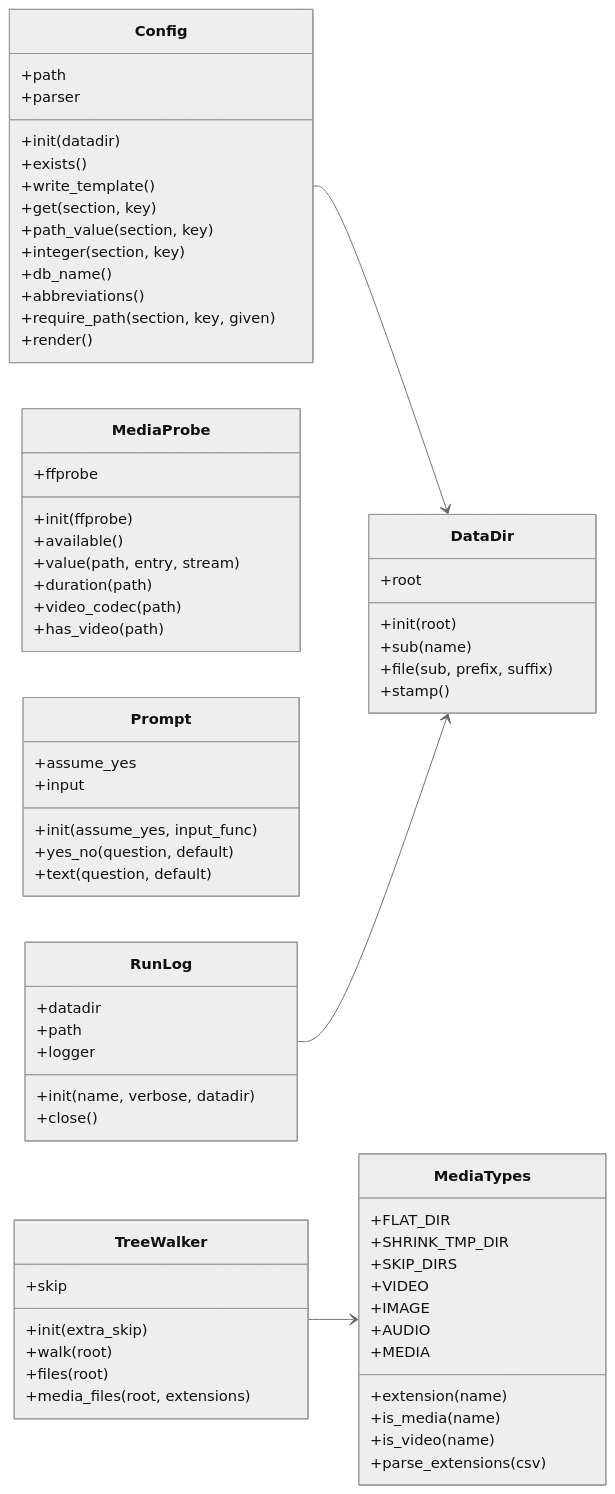
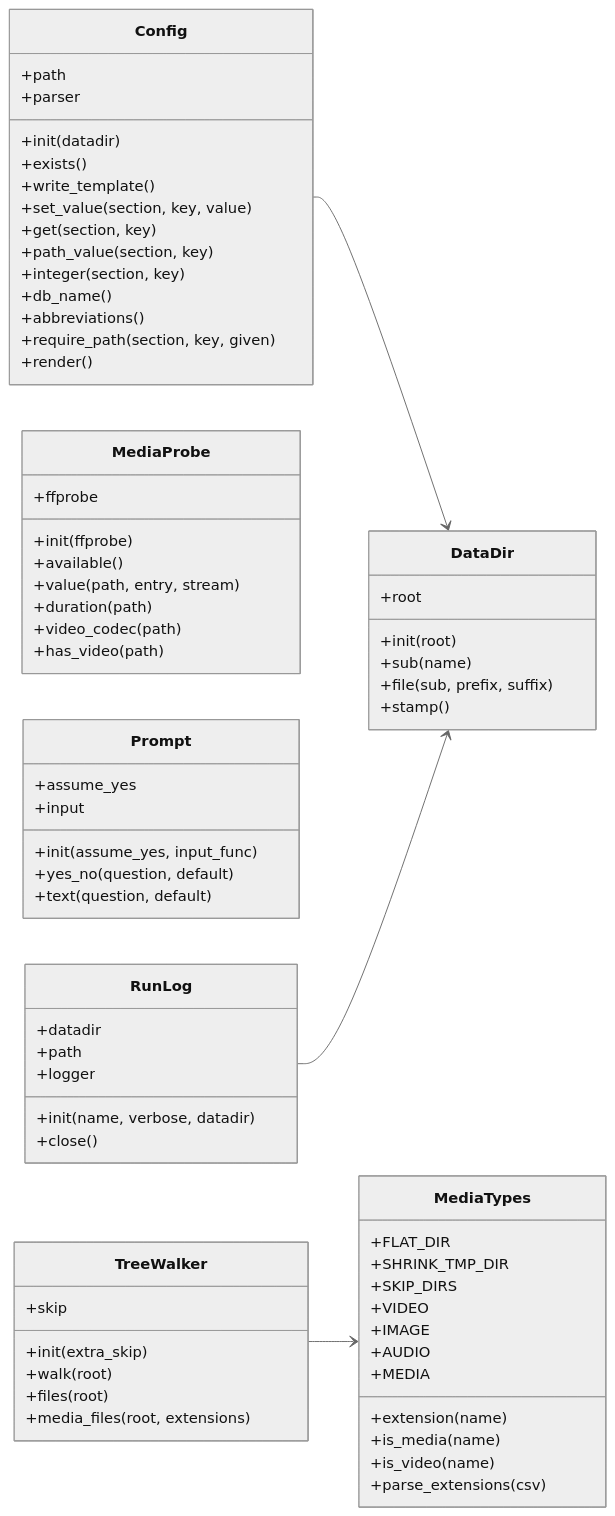
The diagram in docs/img/uml_core.mmd (peddanet/mediatools), drawn with Mermaid (neutral theme) before and after one commit. The commit also changed 17 other files, not shown here.

```diff
--- a/docs/img/uml_core.mmd
+++ b/docs/img/uml_core.mmd
@@ -1,69 +1,70 @@
 classDiagram
   direction LR
   class Config {
     +path
     +parser
     +init(datadir)
     +exists()
     +write_template()
+    +set_value(section, key, value)
     +get(section, key)
     +path_value(section, key)
     +integer(section, key)
     +db_name()
     +abbreviations()
     +require_path(section, key, given)
     +render()
   }
   class DataDir {
     +root
     +init(root)
     +sub(name)
     +file(sub, prefix, suffix)
     +stamp()
   }
   class MediaTypes {
     +FLAT_DIR
     +SHRINK_TMP_DIR
     +SKIP_DIRS
     +VIDEO
     +IMAGE
     +AUDIO
     +MEDIA
     +extension(name)
     +is_media(name)
     +is_video(name)
     +parse_extensions(csv)
   }
   class MediaProbe {
     +ffprobe
     +init(ffprobe)
     +available()
     +value(path, entry, stream)
     +duration(path)
     +video_codec(path)
     +has_video(path)
   }
   class Prompt {
     +assume_yes
     +input
     +init(assume_yes, input_func)
     +yes_no(question, default)
     +text(question, default)
   }
   class RunLog {
     +datadir
     +path
     +logger
     +init(name, verbose, datadir)
     +close()
   }
   class TreeWalker {
     +skip
     +init(extra_skip)
     +walk(root)
     +files(root)
     +media_files(root, extensions)
   }
   Config --> DataDir
   RunLog --> DataDir
   TreeWalker --> MediaTypes
```
